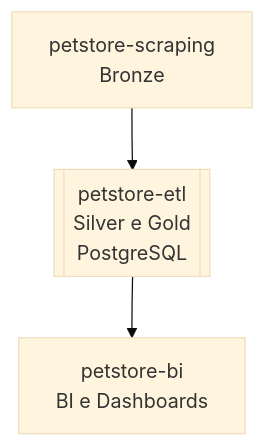
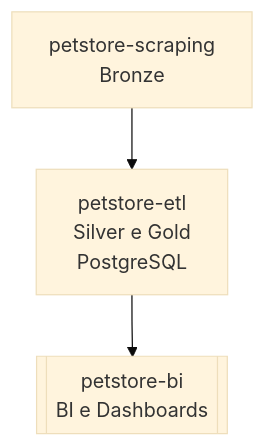
The diagram in README.md (rafa-trindade/petstore-bi), drawn with Mermaid (base theme) before and after one commit.

````diff
--- a/README.md
+++ b/README.md
@@ -30,5 +30,5 @@
 ```mermaid
 graph TD
-    A[petstore-scraping<br>Bronze] --> B[[petstore-etl<br>Silver e Gold<br>PostgreSQL]]
-    B --> C[petstore-bi<br>BI e Dashboards]
+    A[petstore-scraping<br>Bronze] --> B[petstore-etl<br>Silver e Gold<br>PostgreSQL]
+    B --> C[[petstore-bi<br>BI e Dashboards]]
 ```
````
